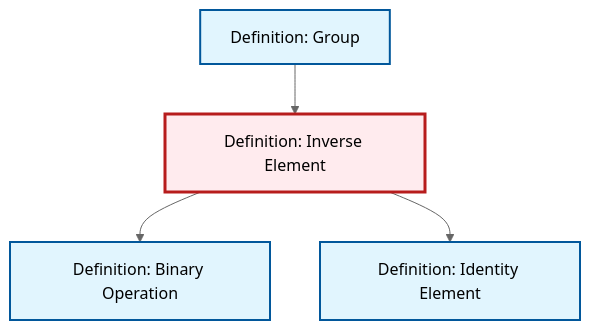
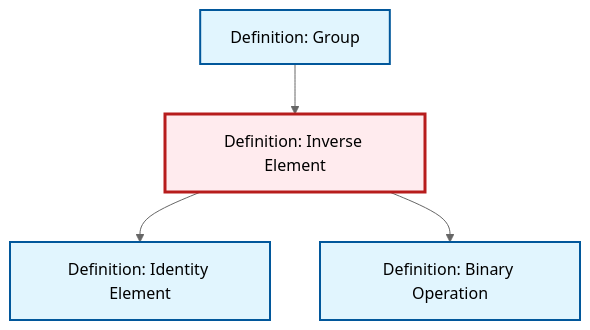
One commit to RK0429/ModernMath changed the diagram in content/en/algebra/def-inverse-element.qmd. Above: the diagram before and after it, drawn with Mermaid (neutral theme). The commit also changed other lines of this file and 497 other files, not shown here.

````diff
--- a/content/en/algebra/def-inverse-element.qmd
+++ b/content/en/algebra/def-inverse-element.qmd
@@ -83,20 +83,20 @@
 ```{mermaid}
 %%| fig-cap: "Local dependency graph"
 graph TD
     classDef definition fill:#e1f5fe,stroke:#01579b,stroke-width:2px
     classDef theorem fill:#f3e5f5,stroke:#4a148c,stroke-width:2px
     classDef axiom fill:#fff3e0,stroke:#e65100,stroke-width:2px
     classDef example fill:#e8f5e9,stroke:#1b5e20,stroke-width:2px
     classDef current fill:#ffebee,stroke:#b71c1c,stroke-width:3px
-    def-identity-element["Definition: Identity Element"]:::definition
     def-binary-operation["Definition: Binary Operation"]:::definition
     def-inverse-element["Definition: Inverse Element"]:::definition
+    def-identity-element["Definition: Identity Element"]:::definition
     def-group["Definition: Group"]:::definition
+    def-inverse-element --> def-identity-element
     def-inverse-element --> def-binary-operation
-    def-inverse-element --> def-identity-element
     def-group --> def-inverse-element
     class def-inverse-element current
+    click def-binary-operation "def-binary-operation.html" "Go to Binary Operation definition"
     click def-identity-element "def-identity-element.html" "Go to Identity Element definition"
-    click def-binary-operation "def-binary-operation.html" "Go to Binary Operation definition"
     click def-group "def-group.html" "Go to Group definition"
 ```
````
